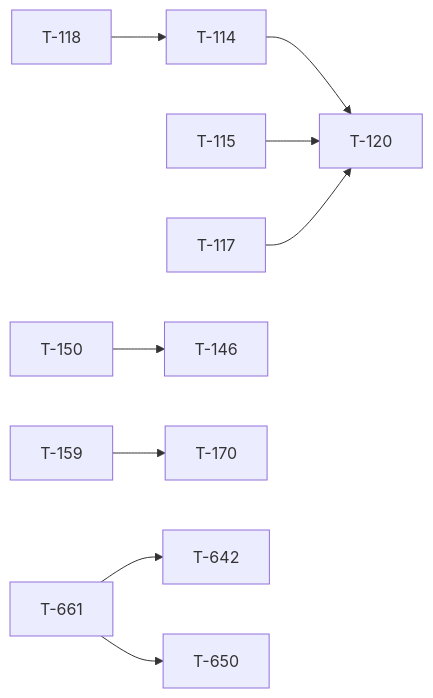
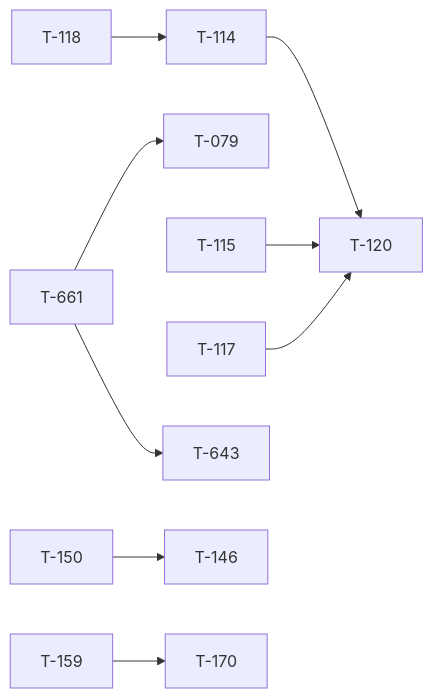
Before and after one commit to darkforce09/TBD-reforger: the diagram in docs/TICKET_LEAD.md, drawn with Mermaid. The commit also changed other lines of this file and 8 other files, not shown here.

````diff
--- a/docs/TICKET_LEAD.md
+++ b/docs/TICKET_LEAD.md
@@ -28,11 +28,11 @@
 ```mermaid
 flowchart LR
+  T661[T-661] --> T079[T-079]
   T118[T-118] --> T114[T-114]
   T114[T-114] --> T120[T-120]
   T115[T-115] --> T120[T-120]
   T117[T-117] --> T120[T-120]
   T150[T-150] --> T146[T-146]
   T159[T-159] --> T170[T-170]
-  T661[T-661] --> T642[T-642]
-  T661[T-661] --> T650[T-650]
+  T661[T-661] --> T643[T-643]
 ```
````
